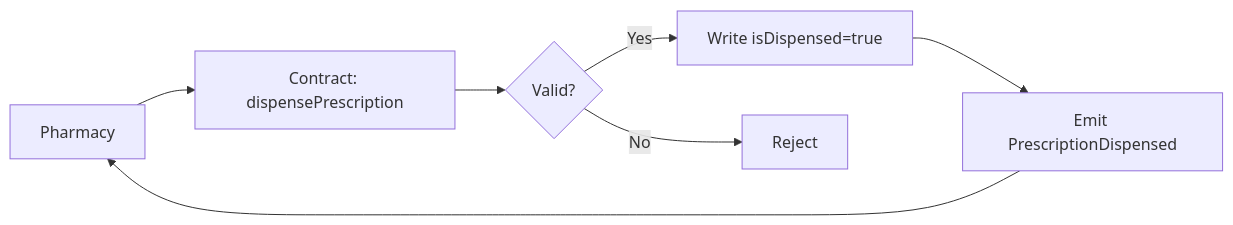
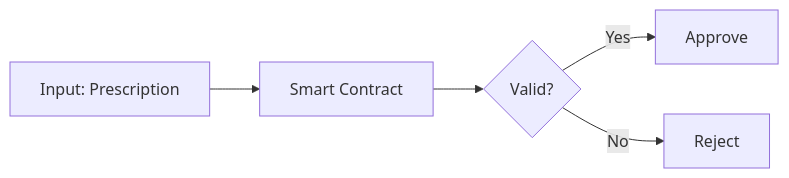
Before and after one commit to Taibur-Rahaman/blockmed-v1.2: the seventh of 11 diagrams in docs/BLOCKMED_BLOCKCHAIN_SUPER_BASIC_BN_EN.md, drawn with Mermaid. The commit also changed other lines of this file and 3 other files, not shown here.

Commit message:
docs: BN+EN lecturer doc with diagrams, add HOW_THE_PROJECT_WORKS, update README

````diff
--- a/docs/BLOCKMED_BLOCKCHAIN_SUPER_BASIC_BN_EN.md
+++ b/docs/BLOCKMED_BLOCKCHAIN_SUPER_BASIC_BN_EN.md
@@ -567,9 +245,7 @@
 ```mermaid
 flowchart LR
-  P[Pharmacy] --> D[Contract: dispensePrescription]
-  D --> C{Valid?}
-  C -->|Yes| W[Write isDispensed=true]
-  C -->|No| X[Reject]
-  W --> E[Emit PrescriptionDispensed]
-  E --> P
+  I[Input: Prescription] --> SC[Smart Contract]
+  SC --> V{Valid?}
+  V -->|Yes| A[Approve]
+  V -->|No| R[Reject]
 ```
````
